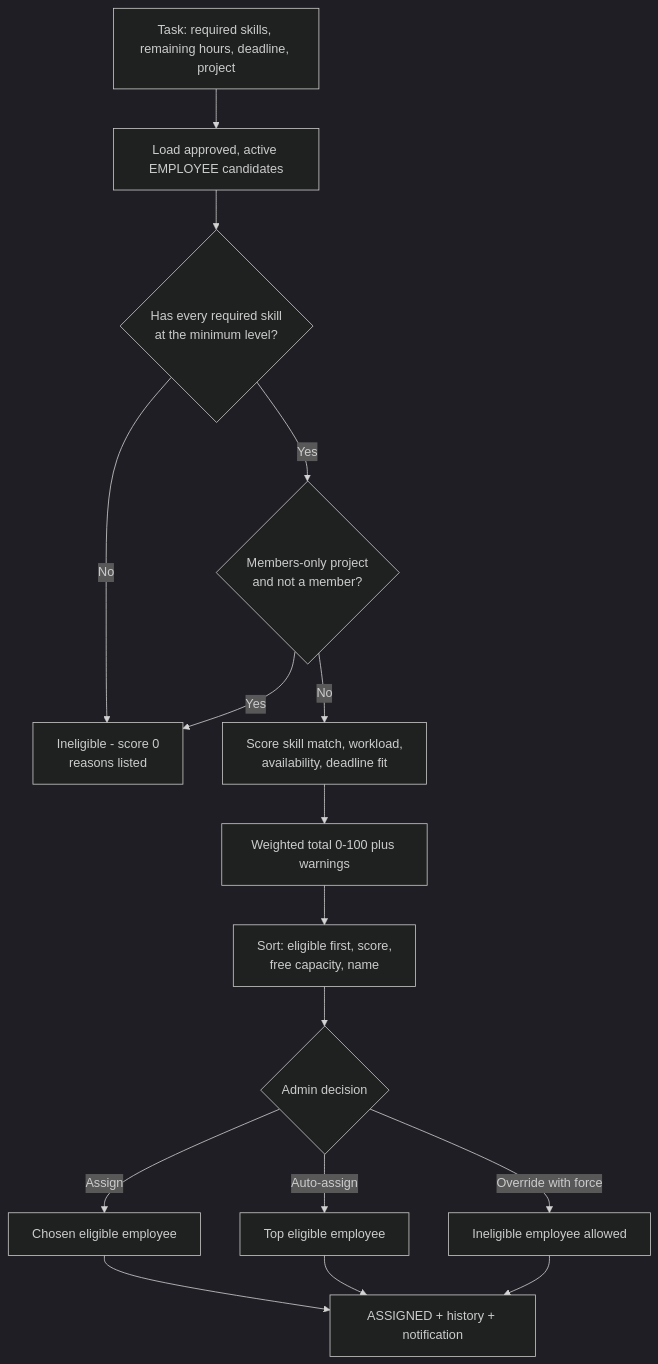
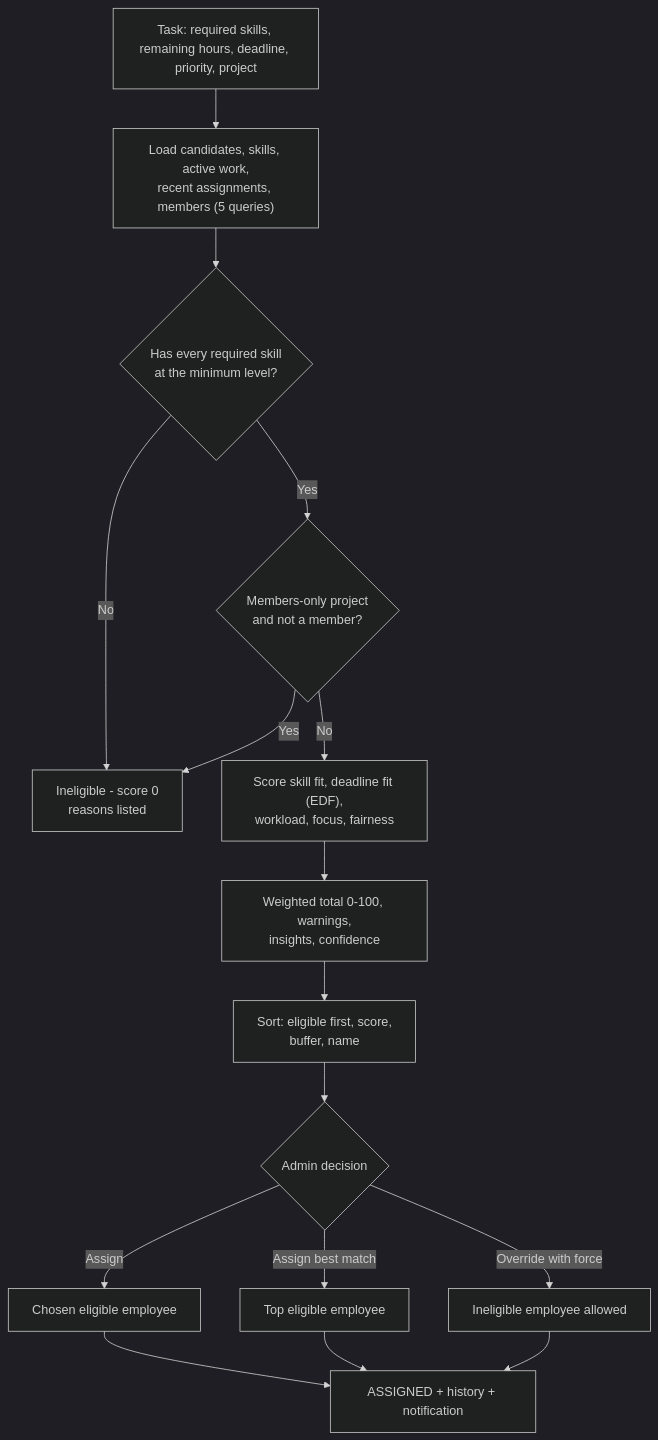
One commit to md8-habibullah/smart_workflow changed the second of 5 diagrams in README.md. Above: the diagram before and after it, drawn with Mermaid (dark theme). The commit also changed other lines of this file and 98 other files, not shown here.

````diff
--- a/README.md
+++ b/README.md
@@ -282,18 +322,18 @@
 ```mermaid
 flowchart TD
-    A["Task: required skills, remaining hours, deadline, project"] --> B["Load approved, active EMPLOYEE candidates"]
+    A["Task: required skills, remaining hours, deadline, priority, project"] --> B["Load candidates, skills, active work,<br/>recent assignments, members (5 queries)"]
     B --> C{"Has every required skill<br/>at the minimum level?"}
     C -->|No| X["Ineligible - score 0<br/>reasons listed"]
     C -->|Yes| D{"Members-only project<br/>and not a member?"}
     D -->|Yes| X
-    D -->|No| E["Score skill match, workload,<br/>availability, deadline fit"]
-    E --> F["Weighted total 0-100 plus warnings"]
-    F --> G["Sort: eligible first, score,<br/>free capacity, name"]
+    D -->|No| E["Score skill fit, deadline fit (EDF),<br/>workload, focus, fairness"]
+    E --> F["Weighted total 0-100, warnings,<br/>insights, confidence"]
+    F --> G["Sort: eligible first, score,<br/>buffer, name"]
     G --> H{"Admin decision"}
     H -->|"Assign"| I["Chosen eligible employee"]
-    H -->|"Auto-assign"| J["Top eligible employee"]
+    H -->|"Assign best match"| J["Top eligible employee"]
     H -->|"Override with force"| K["Ineligible employee allowed"]
     I --> Z["ASSIGNED + history + notification"]
     J --> Z
     K --> Z
 ```
````
